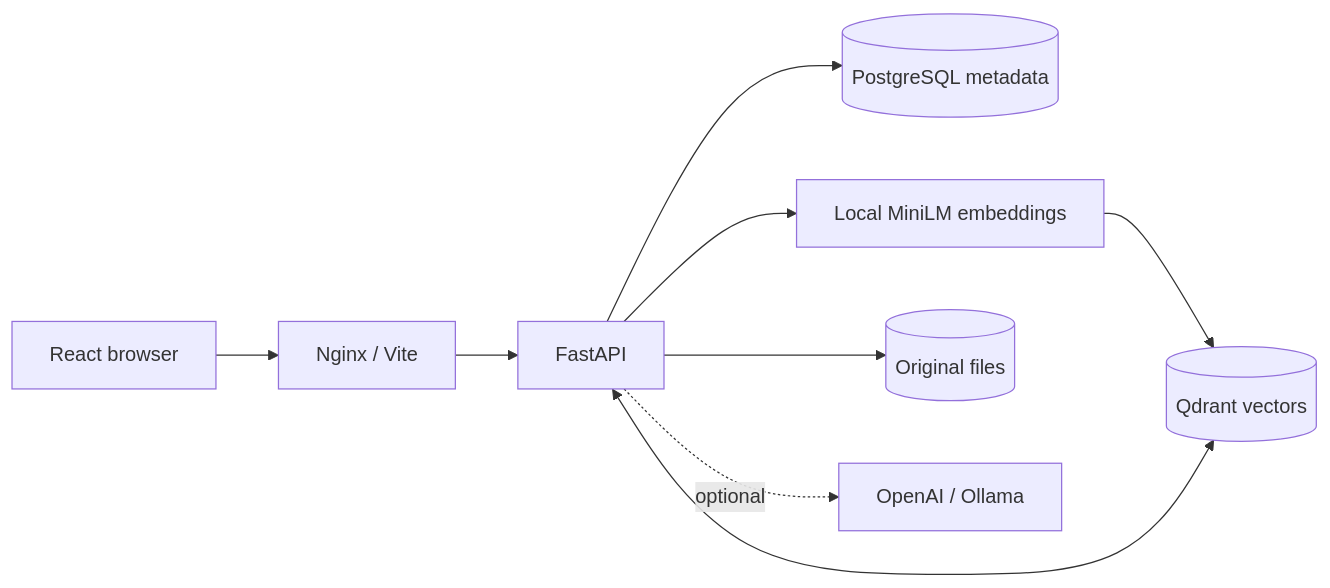
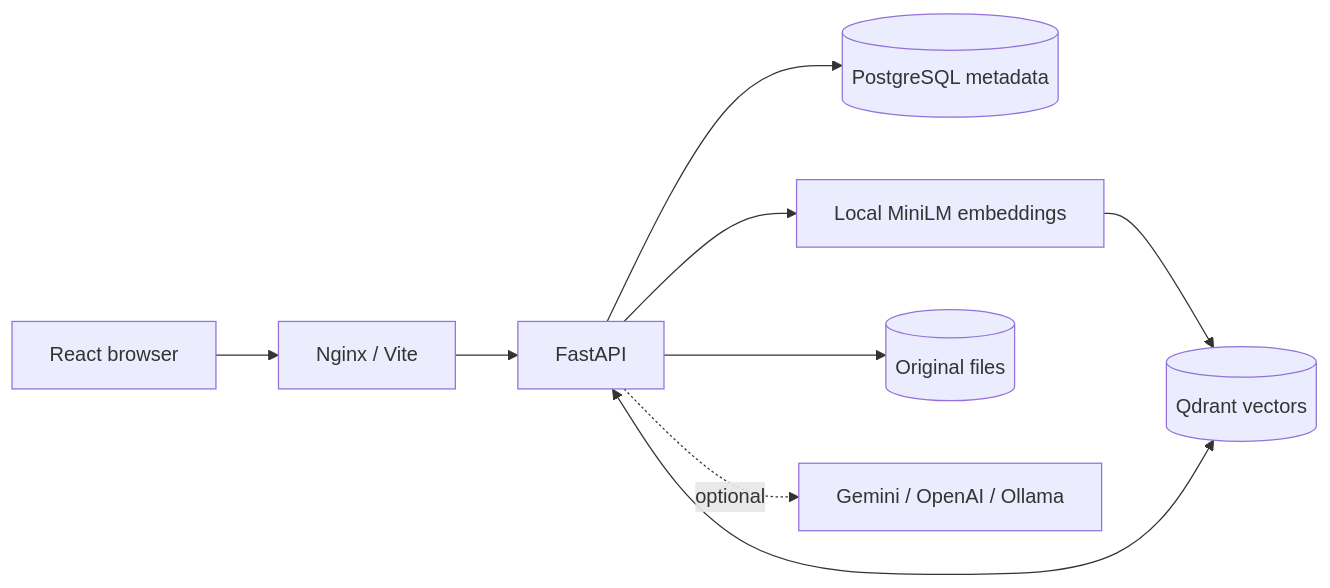
The first of 3 diagrams in README.md (CHAKRAbdedaym/knowledgeos-enterprise-rag), drawn with Mermaid before and after one commit. The commit also changed other lines of this file and 21 other files, not shown here.

````diff
--- a/README.md
+++ b/README.md
@@ -48,11 +82,11 @@
 ```mermaid
 flowchart LR
   UI[React browser] --> Proxy[Nginx / Vite]
   Proxy --> API[FastAPI]
   API --> PG[(PostgreSQL metadata)]
   API --> Encoder[Local MiniLM embeddings]
   Encoder --> Q[(Qdrant vectors)]
   API <--> Q
   API --> Files[(Original files)]
-  API -. optional .-> LLM[OpenAI / Ollama]
+  API -. optional .-> LLM[Gemini / OpenAI / Ollama]
 ```
````
